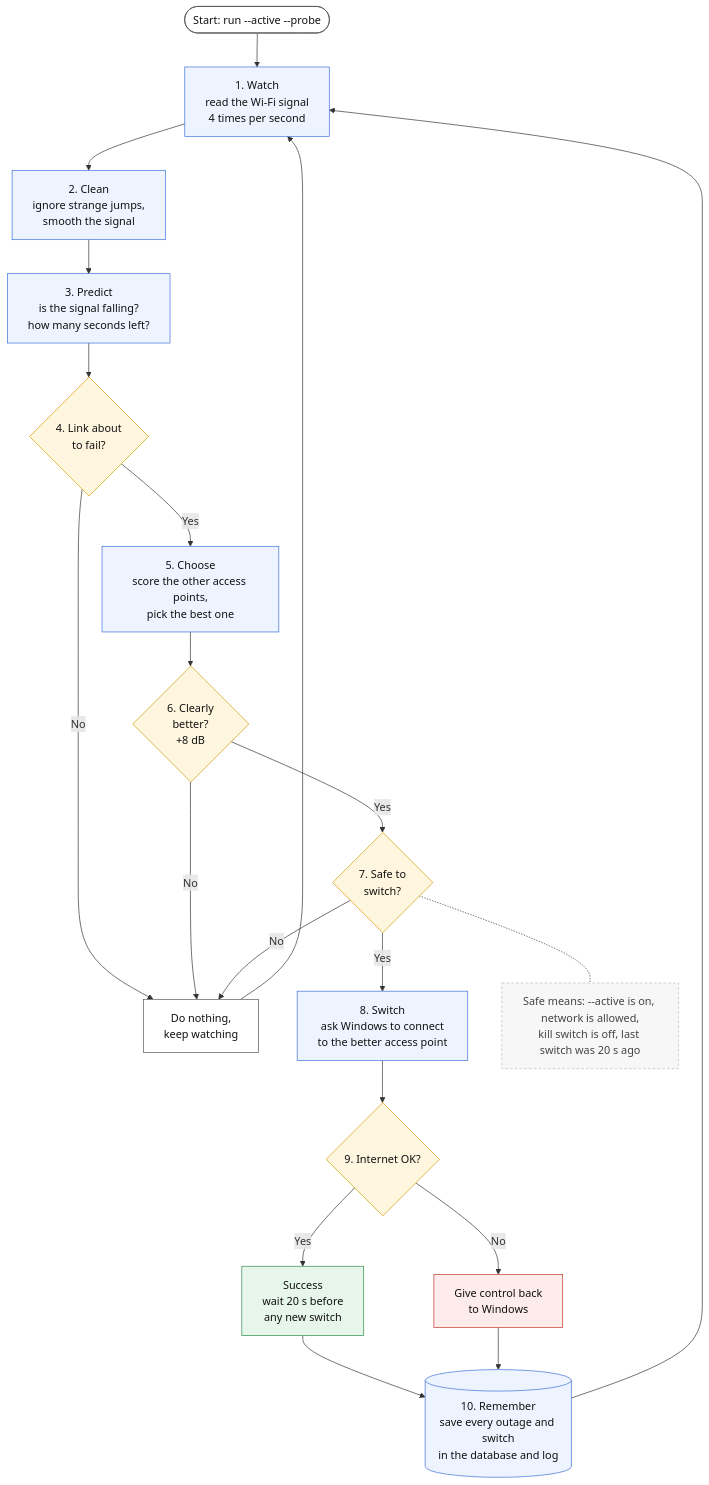
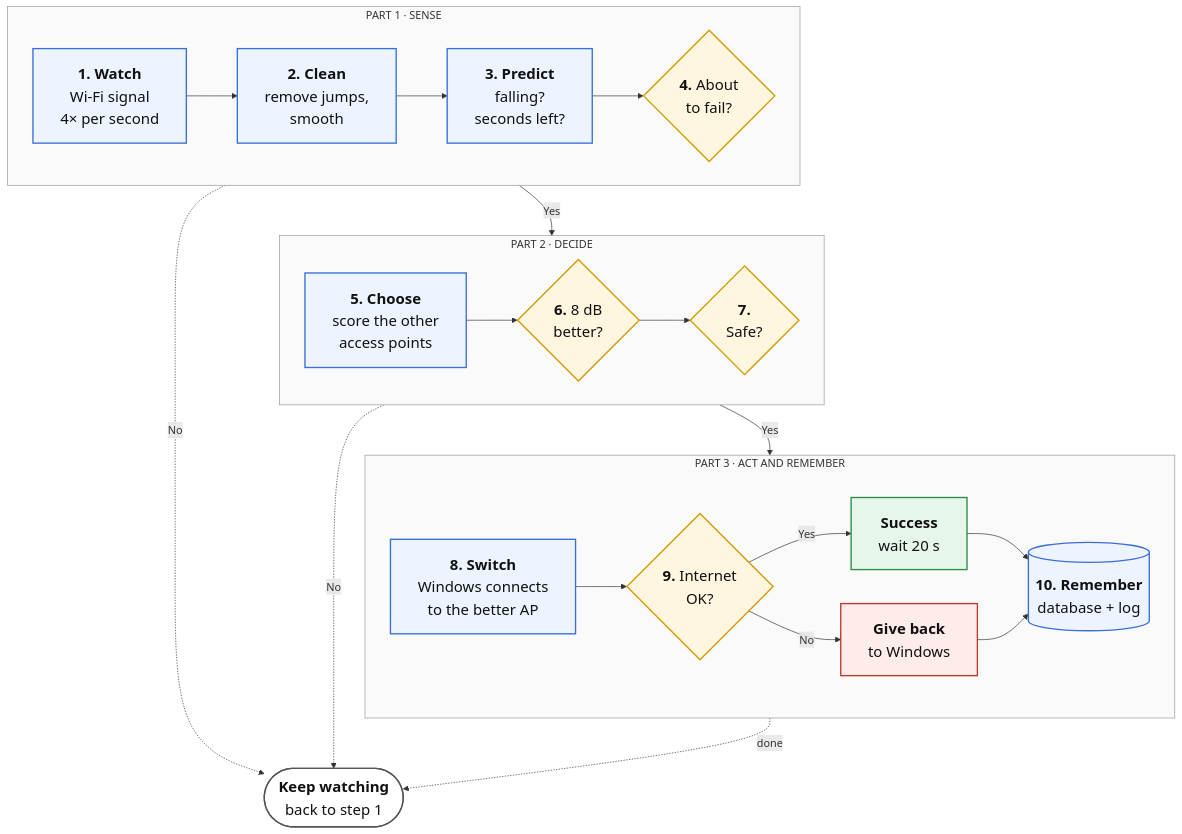
The diagram in docs/how_it_works_simple.mmd (farbachiadil05-arch/roampredict), drawn with Mermaid before and after one commit. The commit also changed 1 other file, not shown here.

Commit message:
Make the simple diagram horizontal with larger text
Claude-Session: https://claude.ai/code/session_01UCcqAdj1bG28MoFDqXX2oY

```diff
--- a/docs/how_it_works_simple.mmd
+++ b/docs/how_it_works_simple.mmd
@@ -1,45 +1,42 @@
-flowchart TD
-    A(["Start: run --active --probe"]) --> B
+%%{init: {"flowchart": {"nodeSpacing": 50, "rankSpacing": 50, "curve": "basis", "padding": 20}}}%%
+flowchart TB
+    subgraph S1["PART 1 · SENSE"]
+        direction LR
+        B["<b>1. Watch</b><br/>Wi-Fi signal<br/>4× per second"] --> C["<b>2. Clean</b><br/>remove jumps,<br/>smooth"] --> D["<b>3. Predict</b><br/>falling?<br/>seconds left?"] --> E{"<b>4.</b> About<br/>to fail?"}
+    end
 
-    B["1. Watch<br/>read the Wi-Fi signal<br/>4 times per second"] --> C
-    C["2. Clean<br/>ignore strange jumps,<br/>smooth the signal"] --> D
-    D["3. Predict<br/>is the signal falling?<br/>how many seconds left?"] --> E
+    subgraph S2["PART 2 · DECIDE"]
+        direction LR
+        F["<b>5. Choose</b><br/>score the other<br/>access points"] --> G{"<b>6.</b> 8 dB<br/>better?"} --> H{"<b>7.</b><br/>Safe?"}
+    end
 
-    E{"4. Link about<br/>to fail?"}
-    E -- "No" --> W
-    E -- "Yes" --> F
+    subgraph S3["PART 3 · ACT AND REMEMBER"]
+        direction LR
+        I["<b>8. Switch</b><br/>Windows connects<br/>to the better AP"] --> J{"<b>9.</b> Internet<br/>OK?"}
+        J -- "Yes" --> K["<b>Success</b><br/>wait 20 s"]
+        J -- "No" --> L["<b>Give back</b><br/>to Windows"]
+        K --> M[("<b>10. Remember</b><br/>database + log")]
+        L --> M
+    end
 
-    F["5. Choose<br/>score the other access points,<br/>pick the best one"] --> G
-    G{"6. Clearly<br/>better?<br/>+8 dB"}
-    G -- "No" --> W
-    G -- "Yes" --> H
+    W(["<b>Keep watching</b><br/>back to step 1"])
 
-    H{"7. Safe to<br/>switch?"}
-    H -- "No" --> W
-    H -- "Yes" --> I
-    H -.- NOTE["Safe means: --active is on, network is allowed,<br/>kill switch is off, last switch was 20 s ago"]
+    S1 -- "Yes" --> S2
+    S2 -- "Yes" --> S3
+    S1 -. "No" .-> W
+    S2 -. "No" .-> W
+    S3 -. "done" .-> W
 
-    W["Do nothing,<br/>keep watching"] --> B
-    I["8. Switch<br/>ask Windows to connect<br/>to the better access point"] --> J
-    J{"9. Internet OK?"}
-    J -- "Yes" --> K
-    J -- "No" --> L
-
-    K["Success<br/>wait 20 s before<br/>any new switch"] --> M
-    L["Give control back<br/>to Windows"] --> M
-
-    M[("10. Remember<br/>save every outage and switch<br/>in the database and log")] --> B
-
-    classDef step fill:#eef4ff,stroke:#3b6fd8,color:#111
-    classDef ask fill:#fff6e0,stroke:#d49a00,color:#111
-    classDef good fill:#e6f6ea,stroke:#2e8b47,color:#111
-    classDef bad fill:#fdecea,stroke:#c0392b,color:#111
-    classDef start fill:#ffffff,stroke:#555,color:#111
+    classDef step fill:#eef4ff,stroke:#3b6fd8,stroke-width:2px,color:#111,font-size:22px
+    classDef ask fill:#fff6e0,stroke:#d49a00,stroke-width:2px,color:#111,font-size:22px
+    classDef good fill:#e6f6ea,stroke:#2e8b47,stroke-width:2px,color:#111,font-size:22px
+    classDef bad fill:#fdecea,stroke:#c0392b,stroke-width:2px,color:#111,font-size:22px
+    classDef idle fill:#ffffff,stroke:#555,stroke-width:2px,color:#111,font-size:22px
     class B,C,D,F,I,M step
     class E,G,H,J ask
     class K good
-    class W start
     class L bad
-    class A start
-    classDef note fill:#f7f7f7,stroke:#bbb,color:#444,stroke-dasharray:4 3
-    class NOTE note
+    class W idle
+    style S1 fill:#fafafa,stroke:#999
+    style S2 fill:#fafafa,stroke:#999
+    style S3 fill:#fafafa,stroke:#999
```
